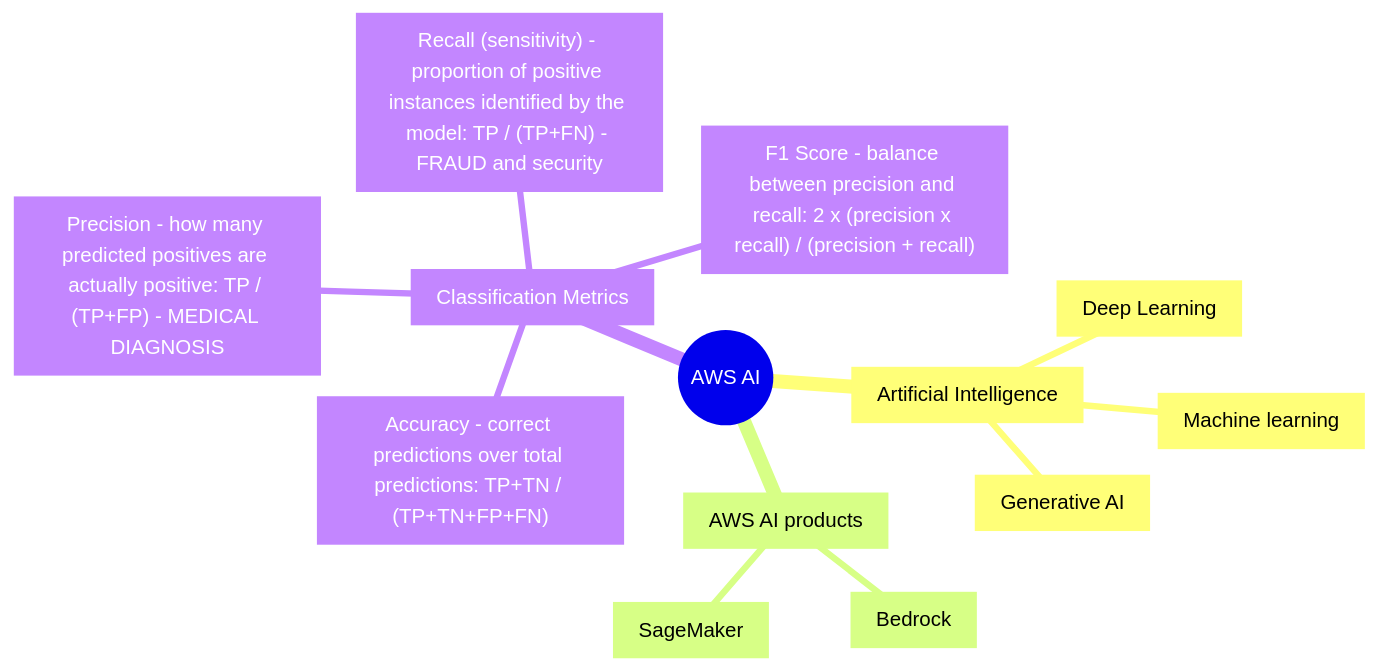
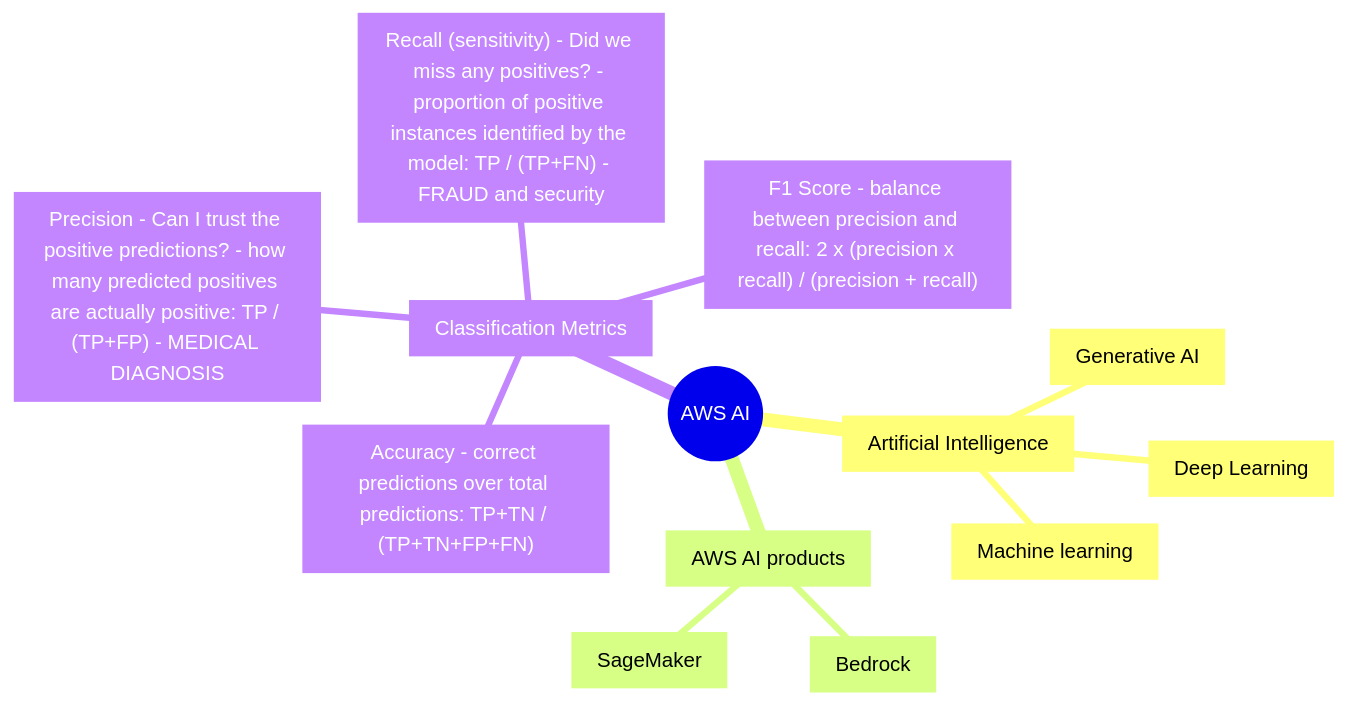
The diagram in aws-ai.md (gitstua/Mindmaps), drawn with Mermaid before and after one commit.

Commit message:
Update precision and recall descriptions for clarity

````diff
--- a/aws-ai.md
+++ b/aws-ai.md
@@ -5,17 +5,17 @@
 ```mermaid
 mindmap
   root(("AWS AI"))
     ai["Artificial Intelligence"]
       ml["Machine learning"]
       dl["Deep Learning"]
       genai["Generative AI"]
     products["AWS AI products"]
       bedrock["Bedrock"]
       sagemaker["SageMaker"]
     metrics["Classification Metrics"]
       accuracy["Accuracy - correct predictions over total predictions: TP+TN / (TP+TN+FP+FN)"]
-      precision["Precision - how many predicted positives are actually positive: TP / (TP+FP) - MEDICAL DIAGNOSIS"]
-      recall["Recall (sensitivity) - proportion of positive instances identified by the model: TP / (TP+FN) - FRAUD and security"]
+      precision["Precision - Can I trust the positive predictions? - how many predicted positives are actually positive: TP / (TP+FP) - MEDICAL DIAGNOSIS"]
+      recall["Recall (sensitivity) - Did we miss any positives? - proportion of positive instances identified by the model: TP / (TP+FN) - FRAUD and security"]
       f1["F1 Score - balance between precision and recall: 2 x (precision x recall) / (precision + recall)"]
         
 ```
````
